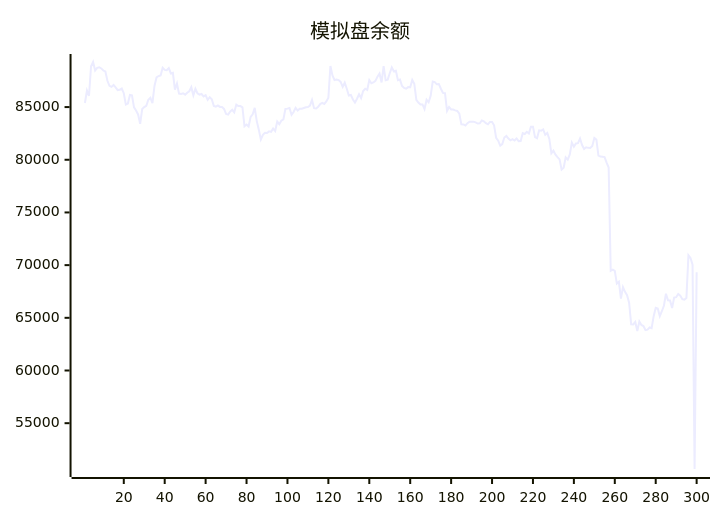
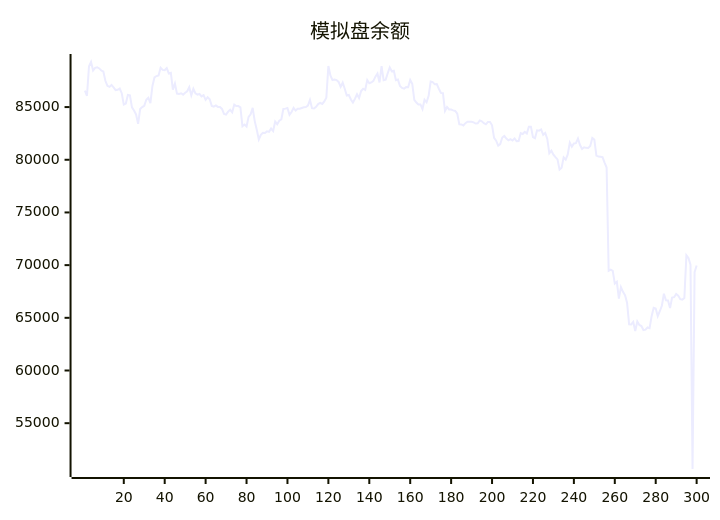
Before and after one commit to aahl/ai-trading: the diagram in README.md, drawn with Mermaid. The commit also changed other lines of this file and 1 other file, not shown here.

````diff
--- a/README.md
+++ b/README.md
@@ -5,5 +5,5 @@
 ```mermaid
 xychart
     title "模拟盘余额"
-    line [85387,86569,86070,88870,89278,88477,88720,88781,88668,88467,88372,87493,87018,86917,87102,86870,86613,86644,86758,86317,85242,85334,86149,86106,84968,84671,84302,83410,84816,85001,85127,85693,85891,85384,87001,87811,87945,88007,88734,88528,88495,88705,88189,88248,86662,87234,86279,86251,86314,86177,86364,86503,86886,86114,86731,86310,86176,86240,86017,86136,85685,85938,85749,85111,85044,85164,85016,85008,84824,84354,84287,84572,84745,84500,85234,85096,85095,84970,83180,83338,83157,84070,84309,84922,83667,82850,81924,82369,82552,82539,82695,82648,82962,82728,83619,83378,83710,83825,84819,84854,84917,84265,84527,84919,84668,84834,84850,84916,84981,85004,85131,85674,84891,84864,85019,85284,85393,85294,85538,85894,88904,88012,87567,87625,87568,87386,86920,87313,86737,86094,86143,85725,85437,85787,86219,85859,86526,86740,86630,87563,87264,87335,87483,87886,88180,87335,88894,87544,87608,88207,88755,88401,88444,87543,87608,87000,86810,86740,86894,86884,87576,87209,85686,85435,85251,85255,84820,85689,85453,86066,87420,87373,87161,87178,86740,86341,86315,84643,85012,84772,84768,84690,84635,84376,83360,83357,83259,83474,83608,83606,83602,83548,83440,83454,83724,83644,83464,83365,83590,83592,83275,82072,81806,81344,81492,82109,82254,82006,81848,81955,81829,82022,81769,81776,82522,82441,82656,82498,83144,83144,82150,82038,82797,82763,82872,82367,82536,81981,80612,80862,80484,80242,80034,79063,79245,80226,80016,80507,81625,81233,81544,81578,82016,81401,81019,81186,81130,81118,81306,82066,81909,80392,80304,80291,80258,79729,79261,69466,69579,69456,68251,68415,66832,67911,67462,67144,66432,64380,64375,64606,63740,64647,64324,64216,63842,63877,64078,64008,65156,65945,65888,65157,65625,66144,67284,66653,66639,65924,66925,66956,67263,67108,66766,66729,66886,70927,70673,70049,50652,69334]
+    line [86569,86070,88870,89278,88477,88720,88781,88668,88467,88372,87493,87018,86917,87102,86870,86613,86644,86758,86317,85242,85334,86149,86106,84968,84671,84302,83410,84816,85001,85127,85693,85891,85384,87001,87811,87945,88007,88734,88528,88495,88705,88189,88248,86662,87234,86279,86251,86314,86177,86364,86503,86886,86114,86731,86310,86176,86240,86017,86136,85685,85938,85749,85111,85044,85164,85016,85008,84824,84354,84287,84572,84745,84500,85234,85096,85095,84970,83180,83338,83157,84070,84309,84922,83667,82850,81924,82369,82552,82539,82695,82648,82962,82728,83619,83378,83710,83825,84819,84854,84917,84265,84527,84919,84668,84834,84850,84916,84981,85004,85131,85674,84891,84864,85019,85284,85393,85294,85538,85894,88904,88012,87567,87625,87568,87386,86920,87313,86737,86094,86143,85725,85437,85787,86219,85859,86526,86740,86630,87563,87264,87335,87483,87886,88180,87335,88894,87544,87608,88207,88755,88401,88444,87543,87608,87000,86810,86740,86894,86884,87576,87209,85686,85435,85251,85255,84820,85689,85453,86066,87420,87373,87161,87178,86740,86341,86315,84643,85012,84772,84768,84690,84635,84376,83360,83357,83259,83474,83608,83606,83602,83548,83440,83454,83724,83644,83464,83365,83590,83592,83275,82072,81806,81344,81492,82109,82254,82006,81848,81955,81829,82022,81769,81776,82522,82441,82656,82498,83144,83144,82150,82038,82797,82763,82872,82367,82536,81981,80612,80862,80484,80242,80034,79063,79245,80226,80016,80507,81625,81233,81544,81578,82016,81401,81019,81186,81130,81118,81306,82066,81909,80392,80304,80291,80258,79729,79261,69466,69579,69456,68251,68415,66832,67911,67462,67144,66432,64380,64375,64606,63740,64647,64324,64216,63842,63877,64078,64008,65156,65945,65888,65157,65625,66144,67284,66653,66639,65924,66925,66956,67263,67108,66766,66729,66886,70927,70673,70049,50652,69334,69973]
 ```
````
